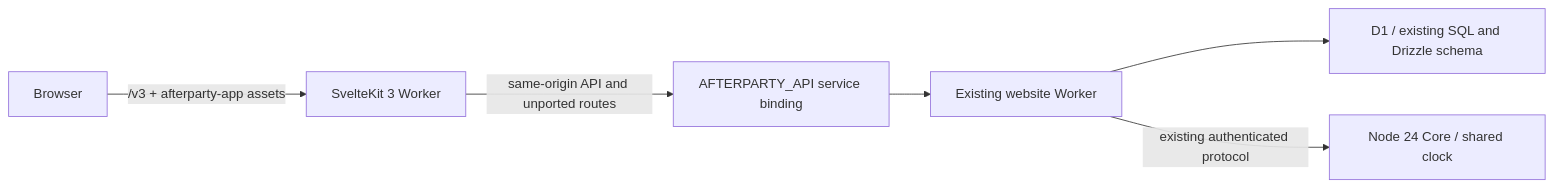
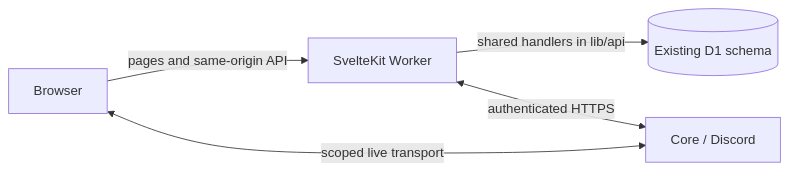
Before and after one commit to lukasvri/Afterparty-MusicBot: the diagram in docs/SVELTEKIT_MIGRATION.md, drawn with Mermaid. The commit also changed other lines of this file and 227 other files, not shown here.

````diff
--- a/docs/SVELTEKIT_MIGRATION.md
+++ b/docs/SVELTEKIT_MIGRATION.md
@@ -39,8 +24,7 @@
 ```mermaid
 flowchart LR
-  Browser -->|/v3 + afterparty-app assets| Svelte[SvelteKit 3 Worker]
-  Svelte -->|same-origin API and unported routes| Binding[AFTERPARTY_API service binding]
-  Binding --> Legacy[Existing website Worker]
-  Legacy --> D1[D1 / existing SQL and Drizzle schema]
-  Legacy -->|existing authenticated protocol| Core[Node 24 Core / shared clock]
+  Browser -->|pages and same-origin API| Website[SvelteKit Worker]
+  Website -->|shared handlers in lib/api| D1[(Existing D1 schema)]
+  Website <-->|authenticated HTTPS| Core[Core / Discord]
+  Browser <-->|scoped live transport| Core
 ```
````
